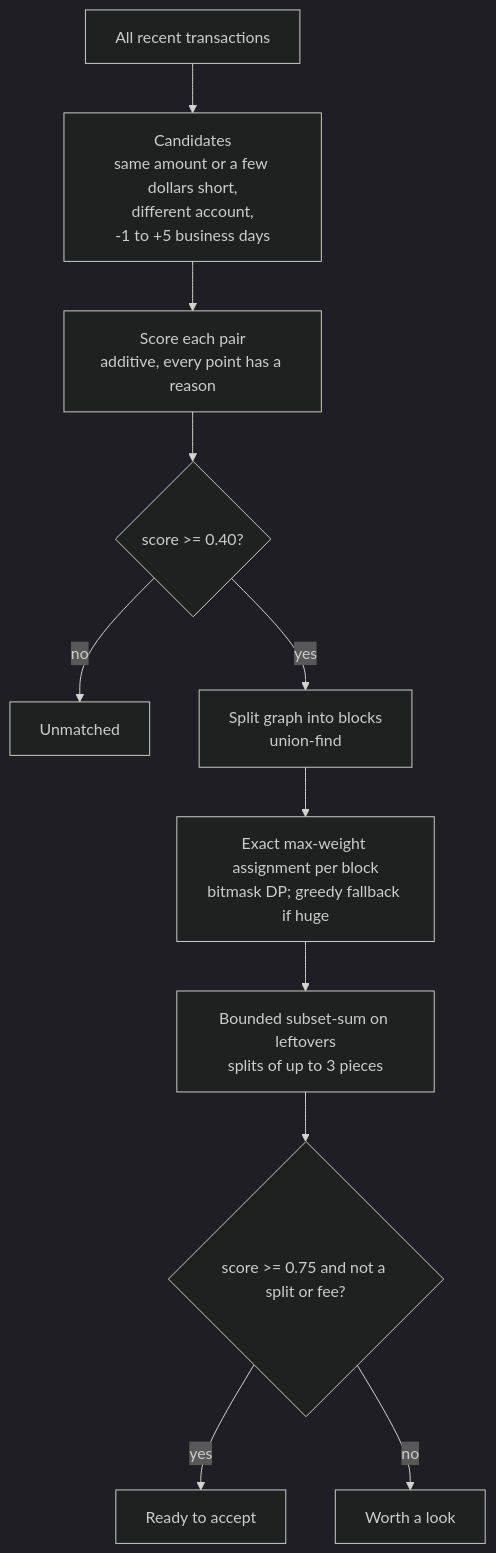
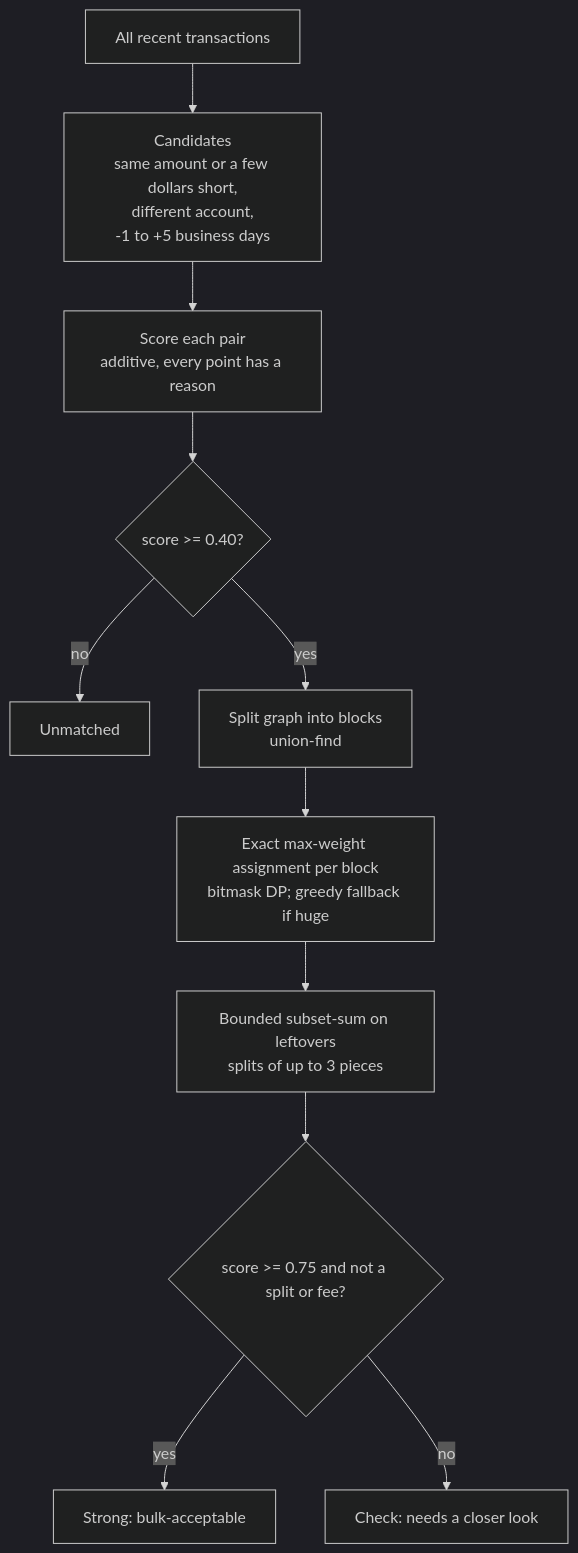
One commit to miscreantmoogly/transfer-matcher changed the second of 3 diagrams in README.md. Above: the diagram before and after it, drawn with Mermaid (dark theme). The commit also changed other lines of this file, not shown here.

Commit message:
Update README tier names to match the UI

````diff
--- a/README.md
+++ b/README.md
@@ -96,13 +96,13 @@
 ```mermaid
 flowchart TD
     A[All recent transactions] --> B[Candidates<br/>same amount or a few dollars short,<br/>different account,<br/>-1 to +5 business days]
     B --> C[Score each pair<br/>additive, every point has a reason]
     C --> D{score >= 0.40?}
     D -- no --> U[Unmatched]
     D -- yes --> E[Split graph into blocks<br/>union-find]
     E --> F[Exact max-weight assignment per block<br/>bitmask DP; greedy fallback if huge]
     F --> G[Bounded subset-sum on leftovers<br/>splits of up to 3 pieces]
     G --> H{score >= 0.75 and not a split or fee?}
-    H -- yes --> High[Ready to accept]
-    H -- no --> Review[Worth a look]
+    H -- yes --> High[Strong: bulk-acceptable]
+    H -- no --> Review[Check: needs a closer look]
 ```
````
